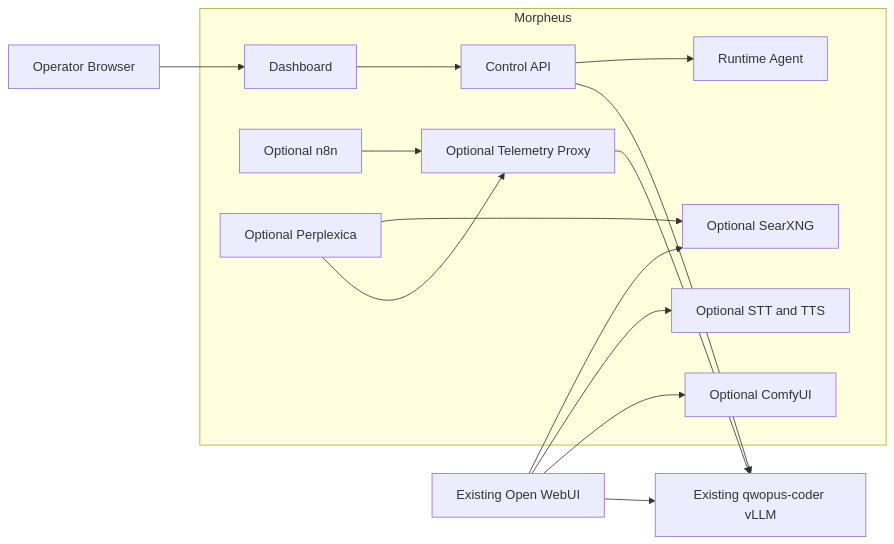
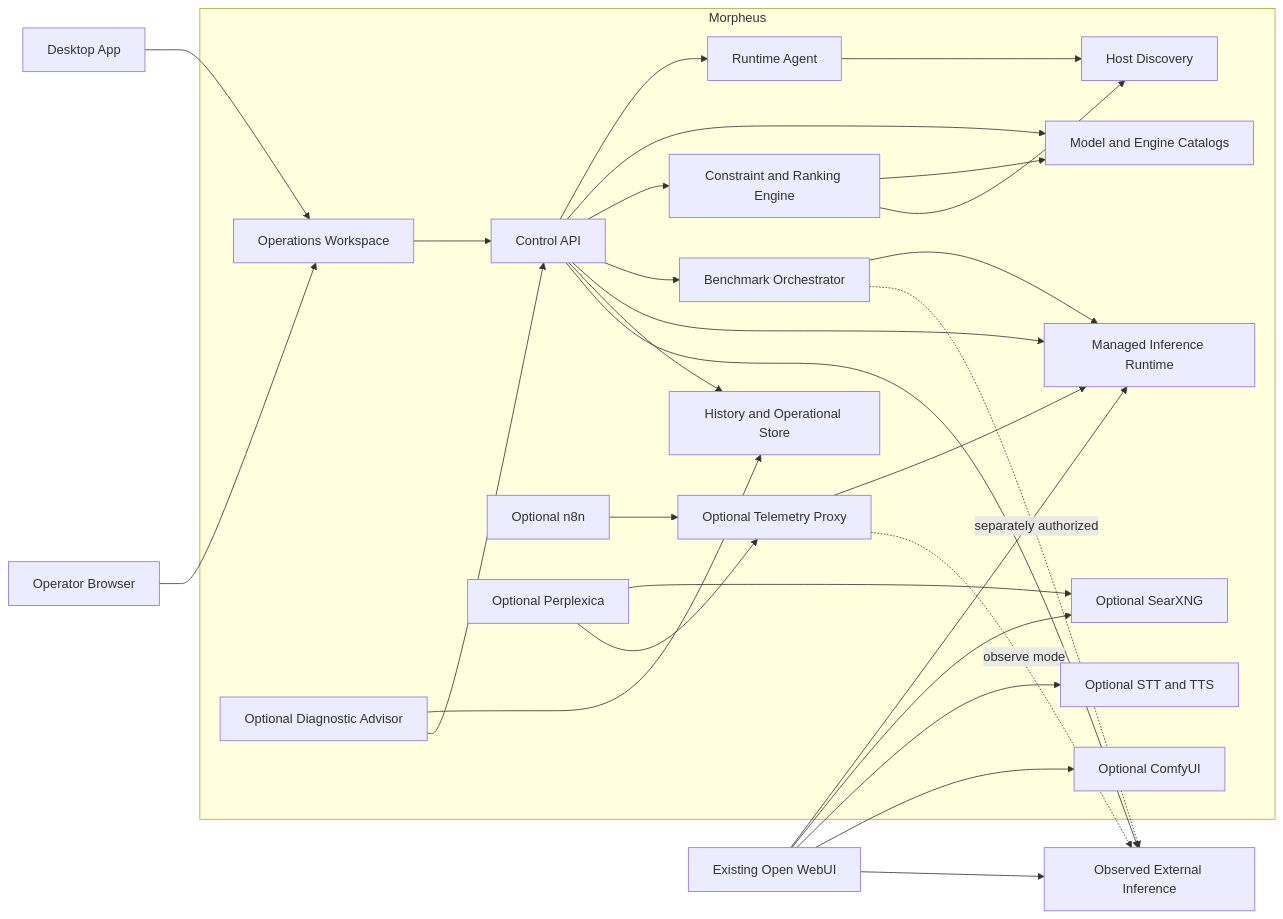
The diagram in docs/ARCHITECTURE.md (jpvelasco/morpheus), drawn with Mermaid before and after one commit. The commit also changed other lines of this file and 17 other files, not shown here.

````diff
--- a/docs/ARCHITECTURE.md
+++ b/docs/ARCHITECTURE.md
@@ -21,31 +24,54 @@
 ```mermaid
 flowchart LR
+    Desktop[Desktop App]
     Browser[Operator Browser]
     WebUI[Existing Open WebUI]
-    LLM[Existing qwopus-coder vLLM]
+    External[Observed External Inference]
 
     subgraph Morpheus
-        Dashboard[Dashboard]
+        Dashboard[Operations Workspace]
         API[Control API]
         Agent[Runtime Agent]
+        Discovery[Host Discovery]
+        Catalogs[Model and Engine Catalogs]
+        Selector[Constraint and Ranking Engine]
+        Campaigns[Benchmark Orchestrator]
+        Managed[Managed Inference Runtime]
+        Store[History and Operational Store]
+        Advisor[Optional Diagnostic Advisor]
         Telemetry[Optional Telemetry Proxy]
         Search[Optional SearXNG]
         Voice[Optional STT and TTS]
         Workflow[Optional n8n]
         Research[Optional Perplexica]
         Images[Optional ComfyUI]
     end
 
+    Desktop --> Dashboard
     Browser --> Dashboard
     Dashboard --> API
     API --> Agent
-    API --> LLM
-    WebUI --> LLM
+    Agent --> Discovery
+    API --> Catalogs
+    API --> Selector
+    Selector --> Catalogs
+    Selector --> Discovery
+    API --> Campaigns
+    Campaigns --> Managed
+    Campaigns -. separately authorized .-> External
+    API --> Managed
+    API --> Store
+    Advisor --> Store
+    Advisor --> API
+    API --> External
+    WebUI --> Managed
+    WebUI --> External
     WebUI --> Search
     WebUI --> Voice
     WebUI --> Images
-    Telemetry --> LLM
+    Telemetry --> Managed
+    Telemetry -. observe mode .-> External
     Workflow --> Telemetry
     Research --> Search
     Research --> Telemetry
 ```
````
